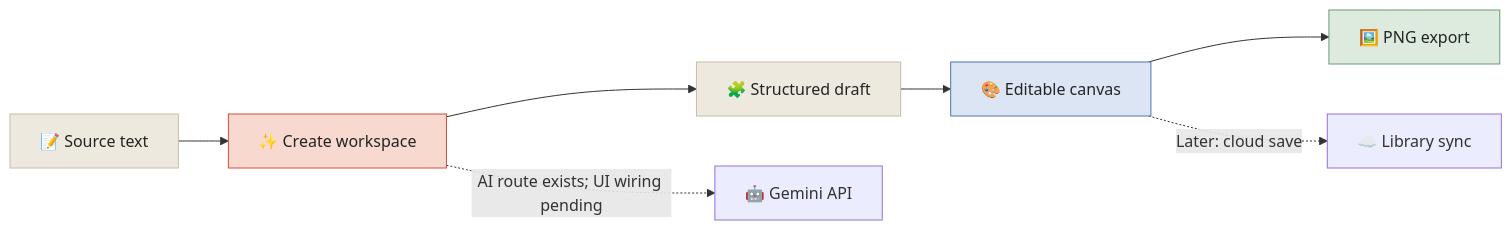
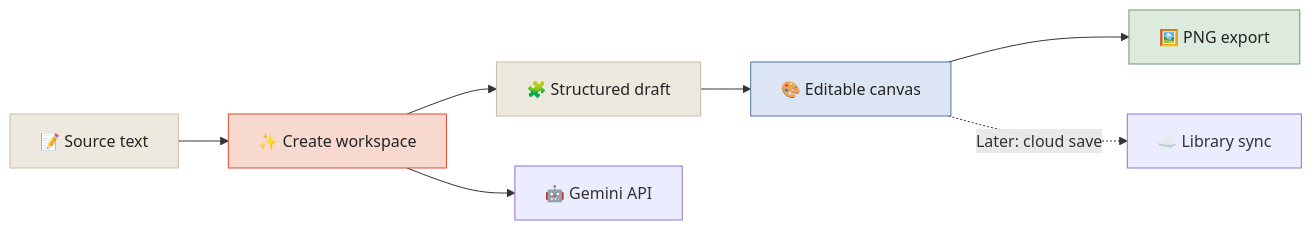
The first of 4 diagrams in README.md (NSKWeb/infocraft-web-), drawn with Mermaid before and after one commit. The commit also changed other lines of this file, not shown here.

````diff
--- a/README.md
+++ b/README.md
@@ -61,14 +61,14 @@
 ```mermaid
 flowchart LR
     A["📝 Source text"] --> B["✨ Create workspace"]
     B --> C["🧩 Structured draft"]
     C --> D["🎨 Editable canvas"]
     D --> E["🖼️ PNG export"]
     D -. "Later: cloud save" .-> F["☁️ Library sync"]
-    B -. "AI route exists; UI wiring pending" .-> G["🤖 Gemini API"]
+    B --> G["🤖 Gemini API"]
     style A fill:#eee9df,stroke:#c8bca9,color:#242424
     style B fill:#f7d9cf,stroke:#d94c36,color:#242424
     style C fill:#eee9df,stroke:#c8bca9,color:#242424
     style D fill:#dce5f4,stroke:#5275aa,color:#242424
     style E fill:#dcebdd,stroke:#6c9a73,color:#242424
 ```
````
